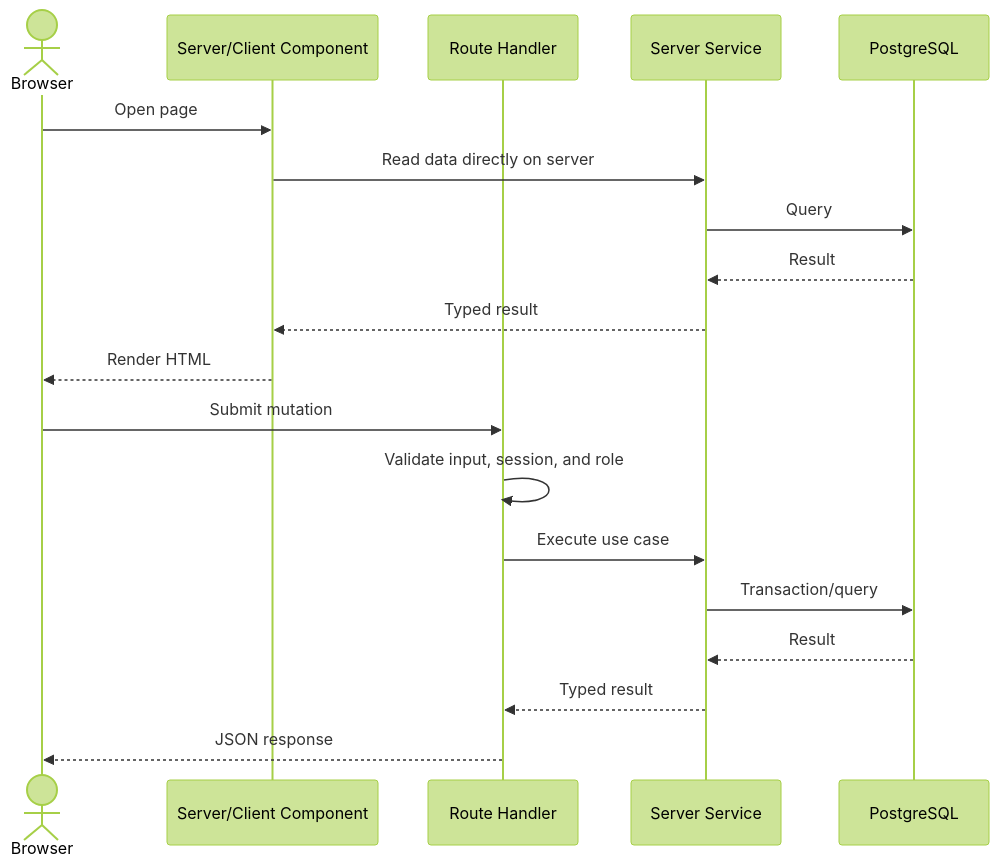
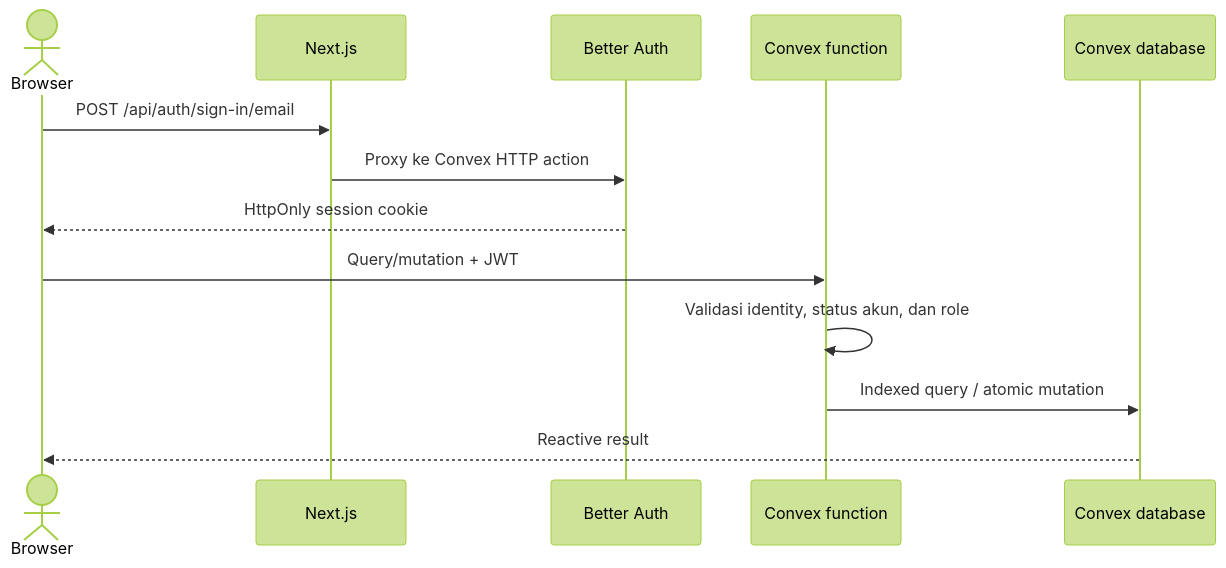
One commit to ZaidaanArd/ProjectPPK changed the second of 2 diagrams in docs/ARCHITECTURE.md. Above: the diagram before and after it, drawn with Mermaid (forest theme). The commit also changed other lines of this file and 5 other files, not shown here.

Commit message:
docs: document Convex architecture and story status

````diff
--- a/docs/ARCHITECTURE.md
+++ b/docs/ARCHITECTURE.md
@@ -102,23 +29,16 @@
 ```mermaid
 sequenceDiagram
   actor Browser
-  participant Page as Server/Client Component
-  participant API as Route Handler
-  participant Service as Server Service
-  participant DB as PostgreSQL
+  participant Next as Next.js
+  participant Auth as Better Auth
+  participant Fn as Convex function
+  participant DB as Convex database
 
-  Browser->>Page: Open page
-  Page->>Service: Read data directly on server
-  Service->>DB: Query
-  DB-->>Service: Result
-  Service-->>Page: Typed result
-  Page-->>Browser: Render HTML
-
-  Browser->>API: Submit mutation
-  API->>API: Validate input, session, and role
-  API->>Service: Execute use case
-  Service->>DB: Transaction/query
-  DB-->>Service: Result
-  Service-->>API: Typed result
-  API-->>Browser: JSON response
+  Browser->>Next: POST /api/auth/sign-in/email
+  Next->>Auth: Proxy ke Convex HTTP action
+  Auth-->>Browser: HttpOnly session cookie
+  Browser->>Fn: Query/mutation + JWT
+  Fn->>Fn: Validasi identity, status akun, dan role
+  Fn->>DB: Indexed query / atomic mutation
+  DB-->>Browser: Reactive result
 ```
````
